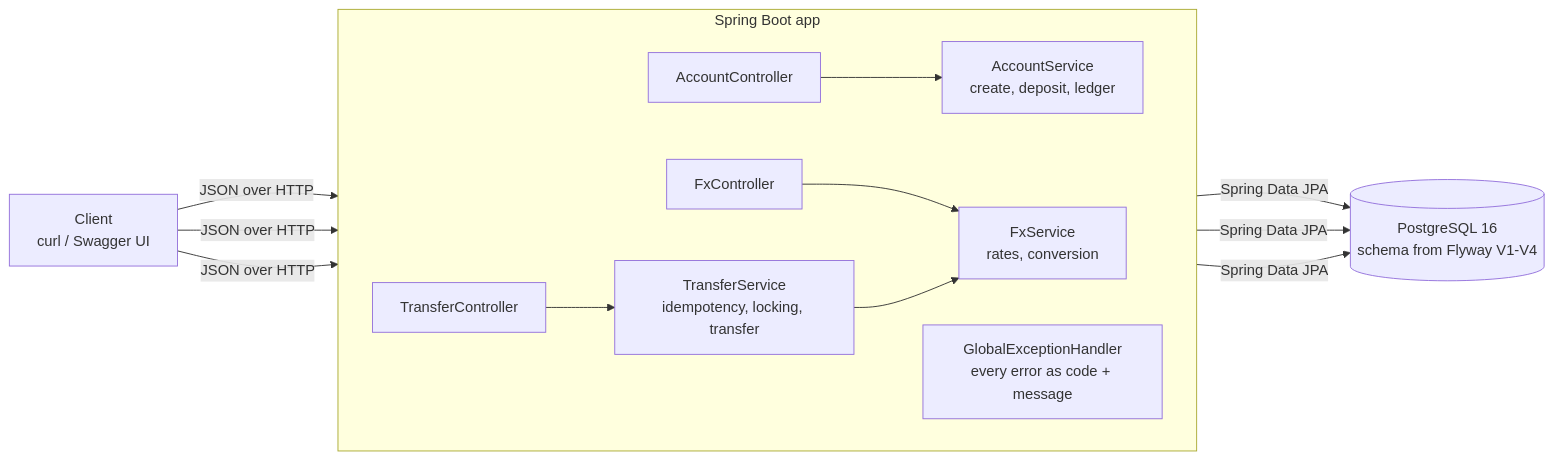
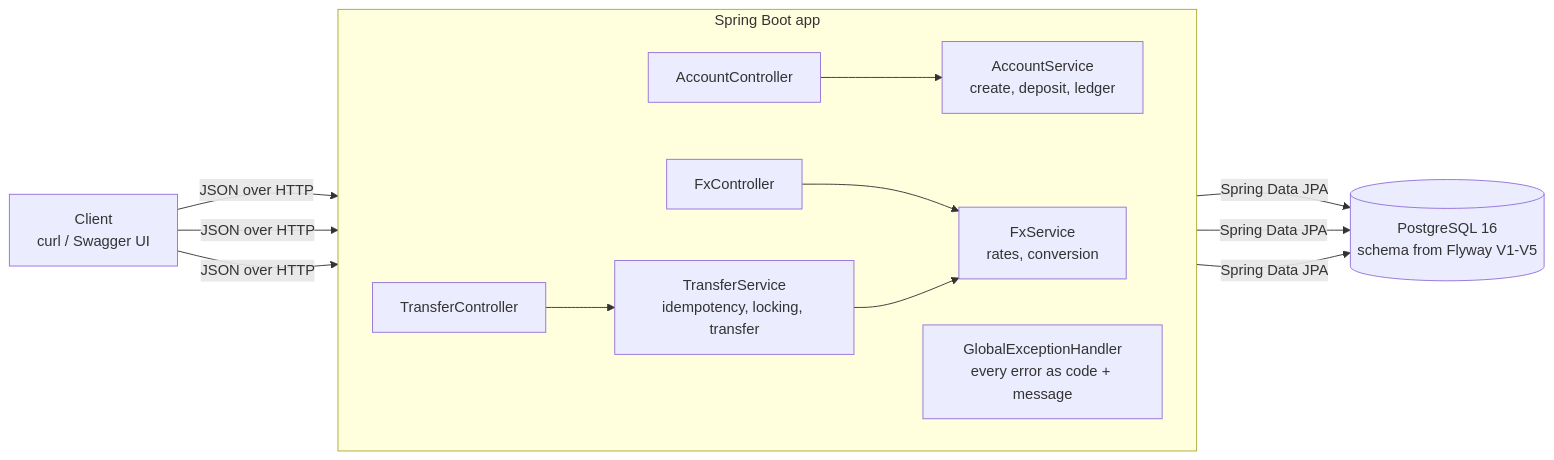
Before and after one commit to JianRong-King/JustPay-API: the first of 3 diagrams in README.md, drawn with Mermaid. The commit also changed other lines of this file, not shown here.

Commit message:
docs(readme): align text and diagrams with new primary key names

````diff
--- a/README.md
+++ b/README.md
@@ -106,22 +106,22 @@
 ```mermaid
 flowchart LR
     Client["Client<br/>curl / Swagger UI"]
 
     subgraph App["Spring Boot app"]
         direction LR
         AC["AccountController"] --> AS["AccountService<br/>create, deposit, ledger"]
         TC["TransferController"] --> TS["TransferService<br/>idempotency, locking, transfer"]
         FC["FxController"] --> FS["FxService<br/>rates, conversion"]
         TS --> FS
         EH["GlobalExceptionHandler<br/>every error as code + message"]
     end
 
-    DB[("PostgreSQL 16<br/>schema from Flyway V1-V4")]
+    DB[("PostgreSQL 16<br/>schema from Flyway V1-V5")]
 
     Client -->|JSON over HTTP| AC
     Client -->|JSON over HTTP| TC
     Client -->|JSON over HTTP| FC
     AS -->|Spring Data JPA| DB
     TS -->|Spring Data JPA| DB
     FS -->|Spring Data JPA| DB
 ```
````
